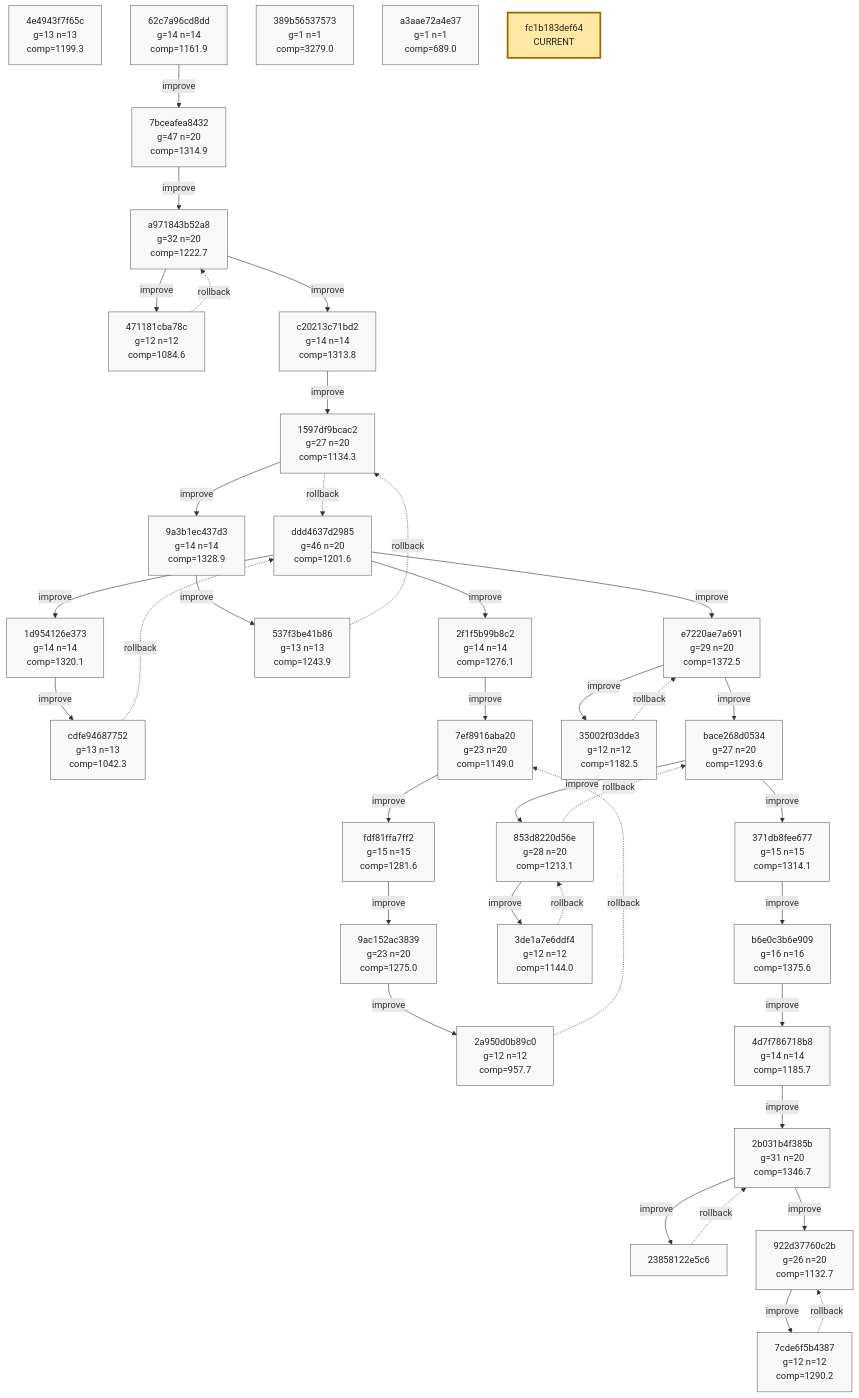
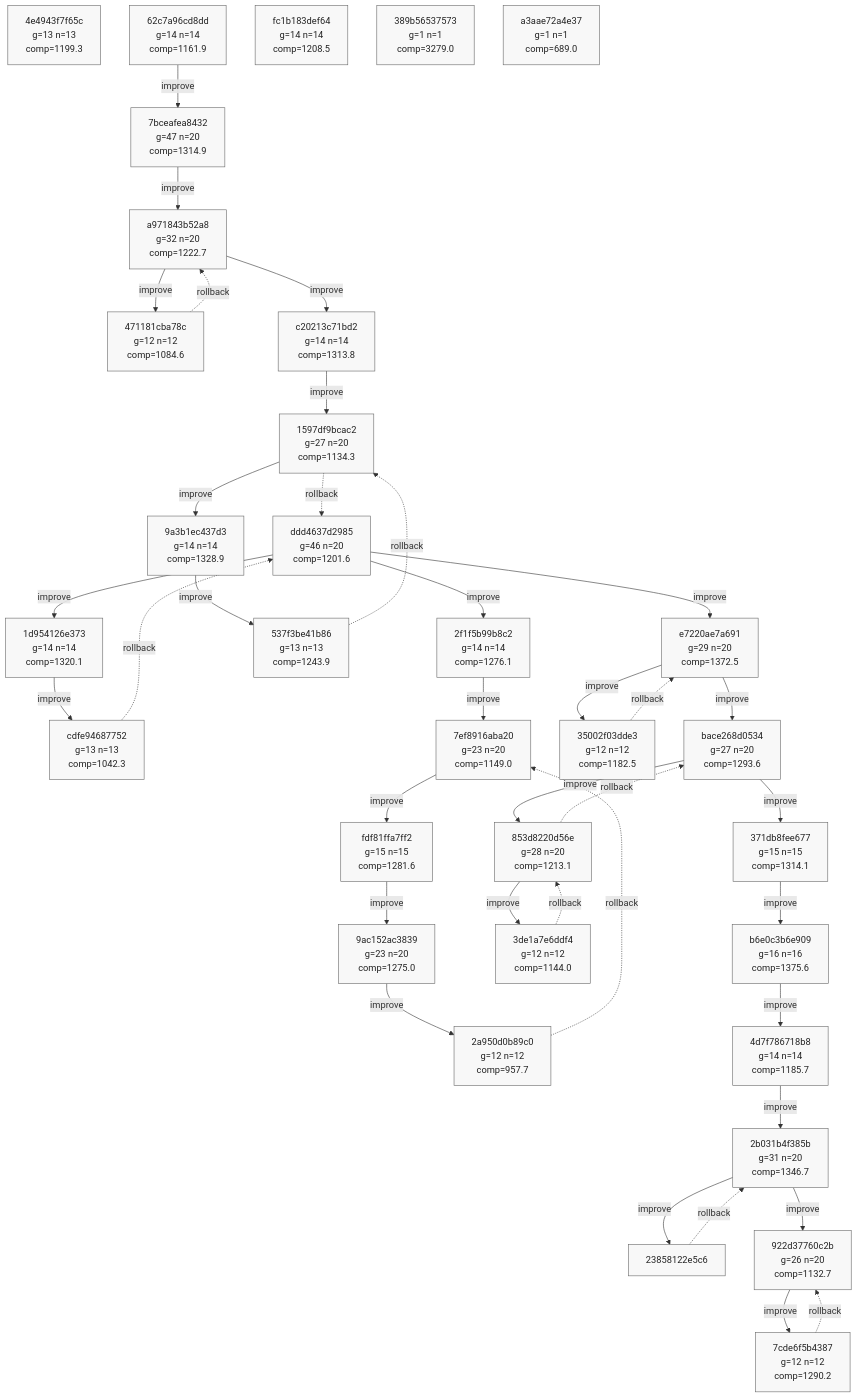
One commit to azumag/soviet_now changed the ninth of 9 diagrams in phyrogenetic-tree.md. Above: the diagram before and after it, drawn with Mermaid. The commit also changed other lines of this file and 2 other files, not shown here.

````diff
--- a/phyrogenetic-tree.md
+++ b/phyrogenetic-tree.md
@@ -2268,9 +2271,9 @@
     h_23858122e5c6["23858122e5c6"]
     h_922d37760c2b["922d37760c2b<br/>g=26 n=20<br/>comp=1132.7"]
     h_7cde6f5b4387["7cde6f5b4387<br/>g=12 n=12<br/>comp=1290.2"]
+    h_fc1b183def64["fc1b183def64<br/>g=14 n=14<br/>comp=1208.5"]
     h_389b56537573["389b56537573<br/>g=1 n=1<br/>comp=3279.0"]
     h_a3aae72a4e37["a3aae72a4e37<br/>g=1 n=1<br/>comp=689.0"]
-    h_fc1b183def64["fc1b183def64<br/>CURRENT"]
 
     h_ddd4637d2985 -->|improve| h_1d954126e373
     h_1d954126e373 -->|improve| h_cdfe94687752
@@ -2343,7 +2346,7 @@
     class h_23858122e5c6 plain;
     class h_922d37760c2b plain;
     class h_7cde6f5b4387 plain;
+    class h_fc1b183def64 plain;
     class h_389b56537573 plain;
     class h_a3aae72a4e37 plain;
-    class h_fc1b183def64 current;
 ```
````
